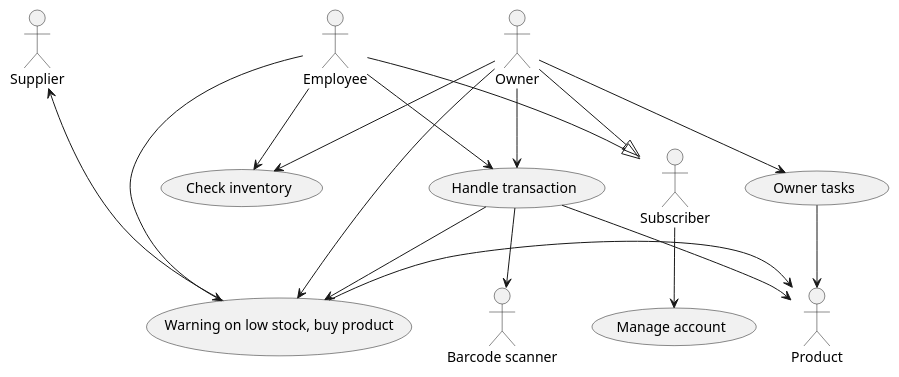
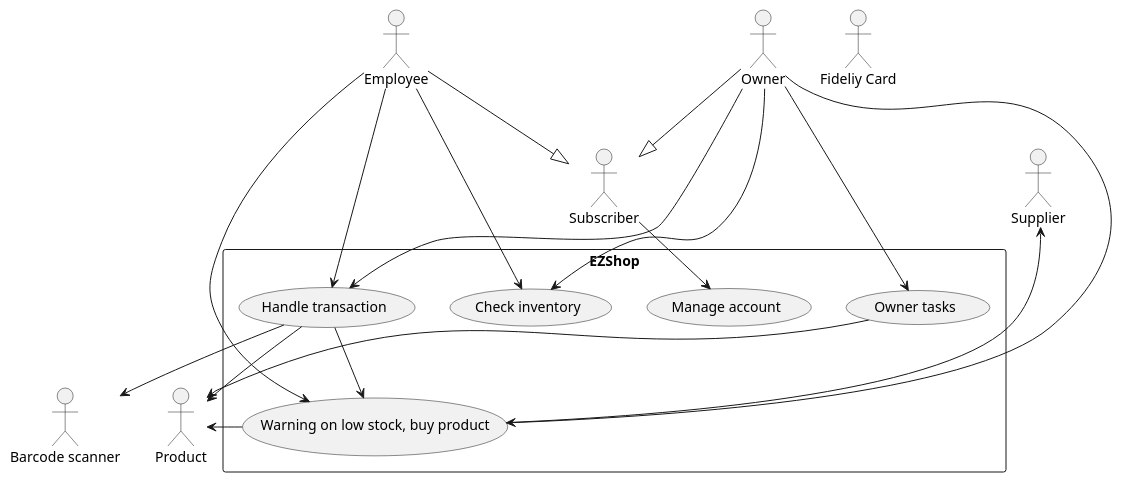
The second of 7 diagrams in Deliverables/RequirementsDocument.md (nicolabattaglino/ezshop), drawn with PlantUML before and after one commit. The commit also changed other lines of this file and 10 other files, not shown here.

Commit message:
Addded fidelity carrd as stakeholder, added POS api, NFR5, added dbmss in the deployment diagram

````diff
--- a/Deliverables/RequirementsDocument.md
+++ b/Deliverables/RequirementsDocument.md
@@ -200,37 +202,40 @@
 ```plantuml
 @startuml
 
-
+rectangle "EZShop" as EZShop{
 "Warning on low stock, buy product" as (warning)
 "Handle transaction" as (handleTransaction)
 
 "Check inventory" as (checkInventory)
 "Manage account" as (manageAccount)
 "Owner tasks" as (ownerTasks)
-
+}
 
 "Owner" as owner
 "Employee" as employee
 "Subscriber" as subscriber
 "Supplier" as supplier
 "Product" as product
 "Barcode scanner" as bcScanner
+"Fideliy Card" as fidelityCard
 owner-->(checkInventory)
 employee -->(checkInventory)
 owner --> (ownerTasks)
 (handleTransaction)->product
 (handleTransaction) --> bcScanner
 owner--->(warning)
 employee--->(warning)
 supplier<---(warning)
 (warning)->product
 (ownerTasks)->product
 owner-->(handleTransaction)
 
 owner--|> subscriber
 employee --|>subscriber
 subscriber -->(manageAccount)
 employee-->(handleTransaction)
 (handleTransaction) --> (warning)
+
+
 @enduml
 ```
````
